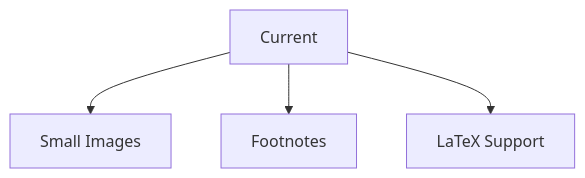
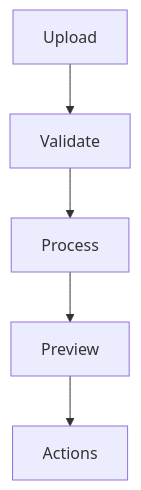
The eighth of 8 diagrams in memory-bank/systemPatterns.md (Shades-24/pdf2md-core), drawn with Mermaid before and after one commit. The commit also changed other lines of this file and 25 other files, not shown here.

````diff
--- a/memory-bank/systemPatterns.md
+++ b/memory-bank/systemPatterns.md
@@ -127,6 +162,7 @@
    ```mermaid
    flowchart TD
-     Current[Current] --> Small[Small Images]
-     Current --> Footnotes[Footnotes]
-     Current --> LaTeX[LaTeX Support]
+     Upload[Upload] --> Validate[Validate]
+     Validate --> Process[Process]
+     Process --> Preview[Preview]
+     Preview --> Actions[Actions]
    ```
````
